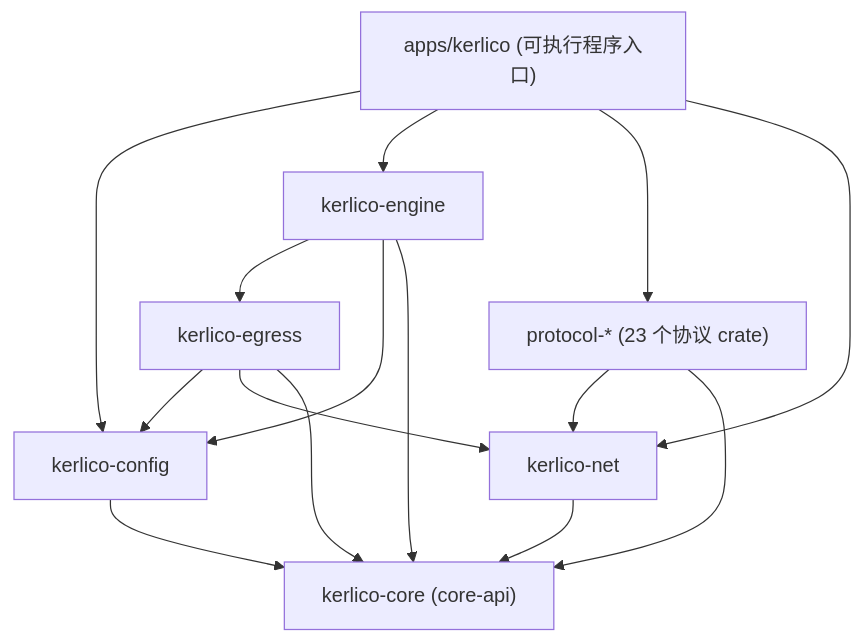
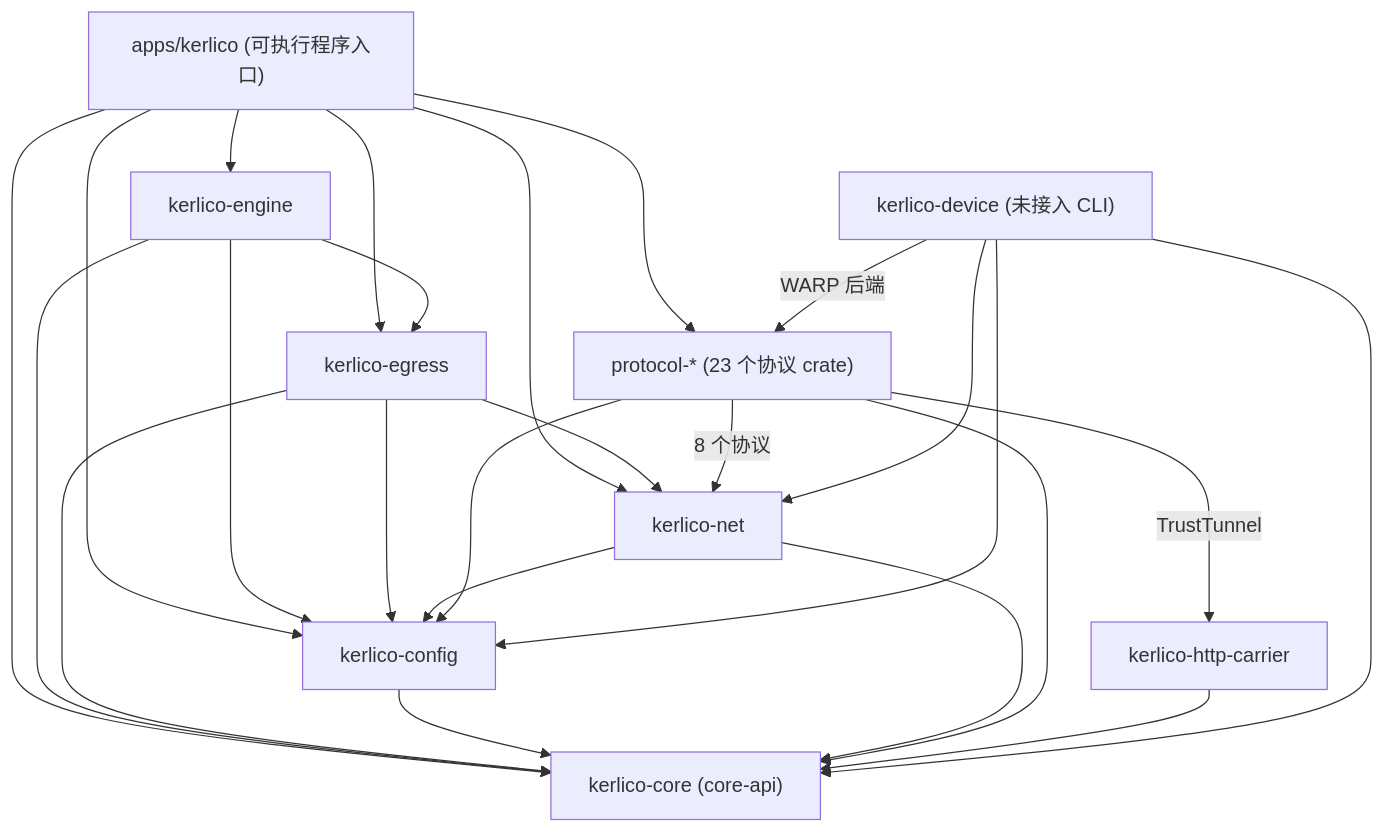
One commit to yuuuki-creation/kerlico changed the diagram in docs/architecture.md. Above: the diagram before and after it, drawn with Mermaid. The commit also changed other lines of this file and 82 other files, not shown here.

````diff
--- a/docs/architecture.md
+++ b/docs/architecture.md
@@ -77,17 +81,27 @@
 ```mermaid
 flowchart TD
     A["apps/kerlico (可执行程序入口)"] --> CFG["kerlico-config"]
     A --> E["kerlico-engine"]
     A --> P["protocol-* (23 个协议 crate)"]
     A --> N["kerlico-net"]
-    E --> G["kerlico-egress"]
+    A --> G["kerlico-egress"]
+    A --> I["kerlico-core (core-api)"]
+    E --> G
     E --> CFG
-    E --> I["kerlico-core (core-api)"]
+    E --> I
     G --> CFG
     G --> N
     G --> I
     CFG --> I
-    P --> N
+    N --> CFG
+    N --> I
+    P --> CFG
     P --> I
-    N --> I
+    P -->|"8 个协议"| N
+    P -->|"TrustTunnel"| HC["kerlico-http-carrier"]
+    HC --> I
+    D["kerlico-device (未接入 CLI)"] --> N
+    D --> CFG
+    D --> I
+    D -->|"WARP 后端"| P
 ```
````
